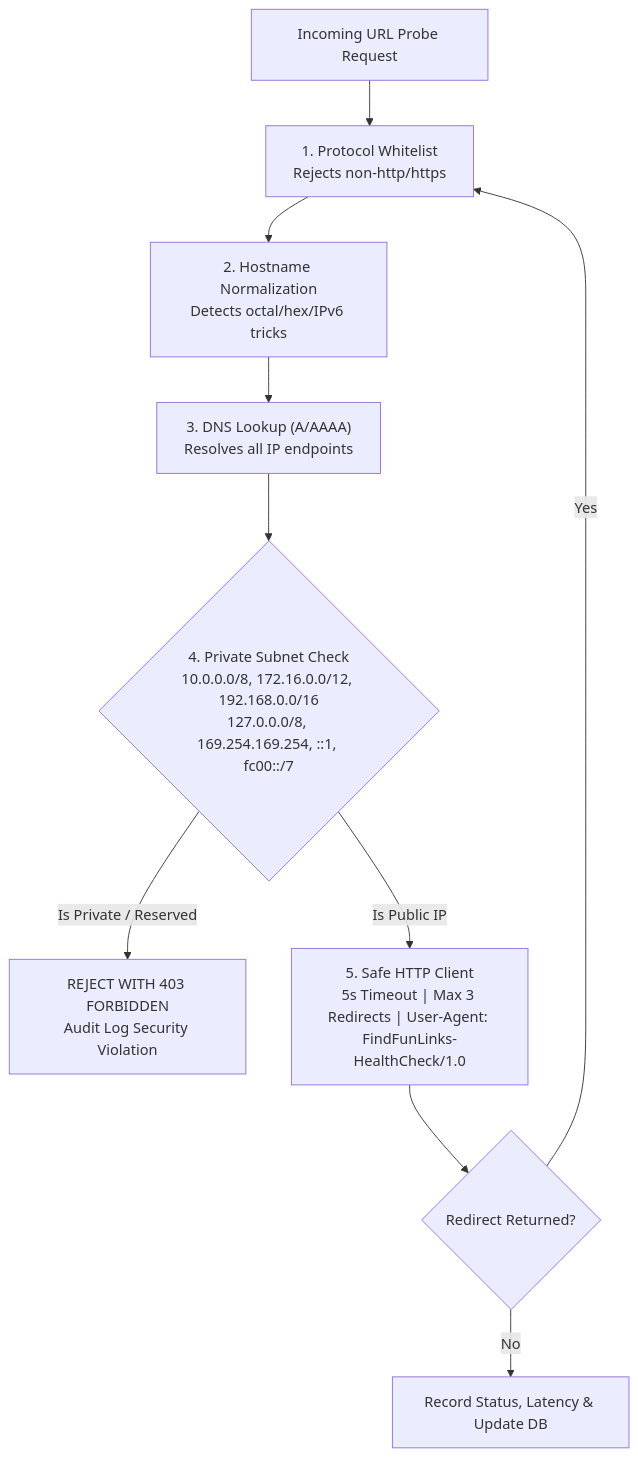
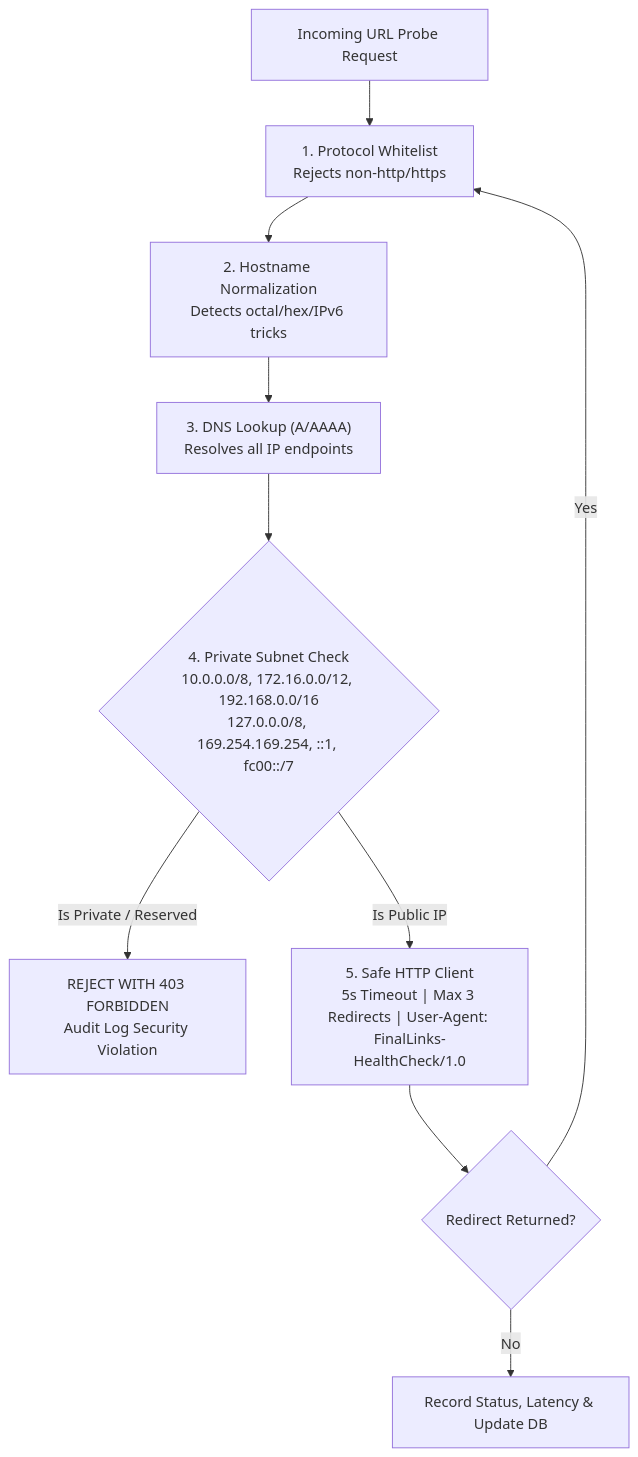
Before and after one commit to toshakparmar/findfunlinks: the third of 3 diagrams in docs/ARCHITECTURE.md, drawn with Mermaid. The commit also changed other lines of this file and 352 other files, not shown here.

````diff
--- a/docs/ARCHITECTURE.md
+++ b/docs/ARCHITECTURE.md
@@ -166,12 +163,12 @@
 ```mermaid
 flowchart TD
     URL["Incoming URL Probe Request"] --> PROTO["1. Protocol Whitelist<br/>Rejects non-http/https"]
     PROTO --> PARSE["2. Hostname Normalization<br/>Detects octal/hex/IPv6 tricks"]
     PARSE --> DNS["3. DNS Lookup (A/AAAA)<br/>Resolves all IP endpoints"]
     DNS --> CIDR{"4. Private Subnet Check<br/>10.0.0.0/8, 172.16.0.0/12, 192.168.0.0/16<br/>127.0.0.0/8, 169.254.169.254, ::1, fc00::/7"}
     CIDR -- "Is Private / Reserved" --> BLOCK["REJECT WITH 403 FORBIDDEN<br/>Audit Log Security Violation"]
-    CIDR -- "Is Public IP" --> HTTP["5. Safe HTTP Client<br/>5s Timeout | Max 3 Redirects | User-Agent: FindFunLinks-HealthCheck/1.0"]
+    CIDR -- "Is Public IP" --> HTTP["5. Safe HTTP Client<br/>5s Timeout | Max 3 Redirects | User-Agent: FinalLinks-HealthCheck/1.0"]
     HTTP --> REDIR{"Redirect Returned?"}
     REDIR -- Yes --> PROTO
     REDIR -- No --> RESULT["Record Status, Latency & Update DB"]
 ```
````
